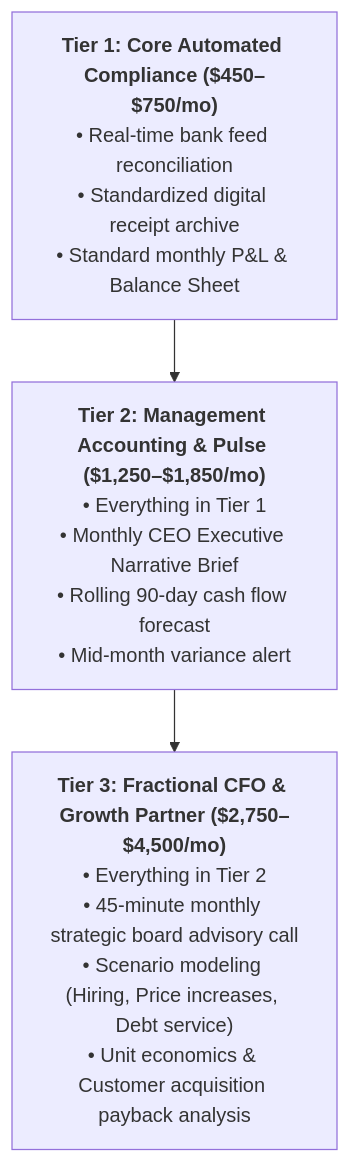
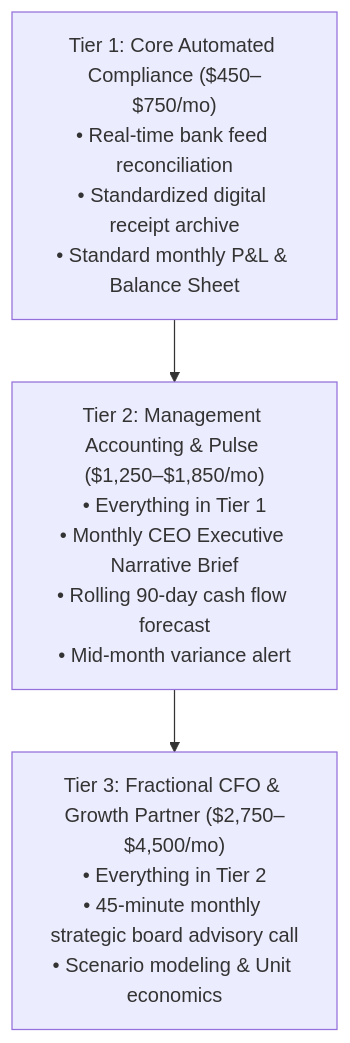
Before and after one commit to Kozy04/Buzz: the sixth of 7 diagrams in ebooks/the_ai_powered_accountant/the_ai_powered_accountant_manuscript.md, drawn with Mermaid. The commit also changed other lines of this file and 6 other files, not shown here.

Commit message:
Render all Mermaid architecture and flowchart blocks into live vector SVG illustrations across both eBook PDFs

````diff
--- a/ebooks/the_ai_powered_accountant/the_ai_powered_accountant_manuscript.md
+++ b/ebooks/the_ai_powered_accountant/the_ai_powered_accountant_manuscript.md
@@ -482,8 +482,8 @@
 ```mermaid
 graph TD
-    TierA["<b>Tier 1: Core Automated Compliance ($450–$750/mo)</b><br/>• Real-time bank feed reconciliation<br/>• Standardized digital receipt archive<br/>• Standard monthly P&L & Balance Sheet"]
-    TierB["<b>Tier 2: Management Accounting & Pulse ($1,250–$1,850/mo)</b><br/>• Everything in Tier 1<br/>• Monthly CEO Executive Narrative Brief<br/>• Rolling 90-day cash flow forecast<br/>• Mid-month variance alert"]
-    TierC["<b>Tier 3: Fractional CFO & Growth Partner ($2,750–$4,500/mo)</b><br/>• Everything in Tier 2<br/>• 45-minute monthly strategic board advisory call<br/>• Scenario modeling (Hiring, Price increases, Debt service)<br/>• Unit economics & Customer acquisition payback analysis"]
+    TierA["Tier 1: Core Automated Compliance ($450–$750/mo)<br/>• Real-time bank feed reconciliation<br/>• Standardized digital receipt archive<br/>• Standard monthly P&L & Balance Sheet"]
+    TierB["Tier 2: Management Accounting & Pulse ($1,250–$1,850/mo)<br/>• Everything in Tier 1<br/>• Monthly CEO Executive Narrative Brief<br/>• Rolling 90-day cash flow forecast<br/>• Mid-month variance alert"]
+    TierC["Tier 3: Fractional CFO & Growth Partner ($2,750–$4,500/mo)<br/>• Everything in Tier 2<br/>• 45-minute monthly strategic board advisory call<br/>• Scenario modeling & Unit economics"]
 
     TierA --> TierB --> TierC
 ```
````
